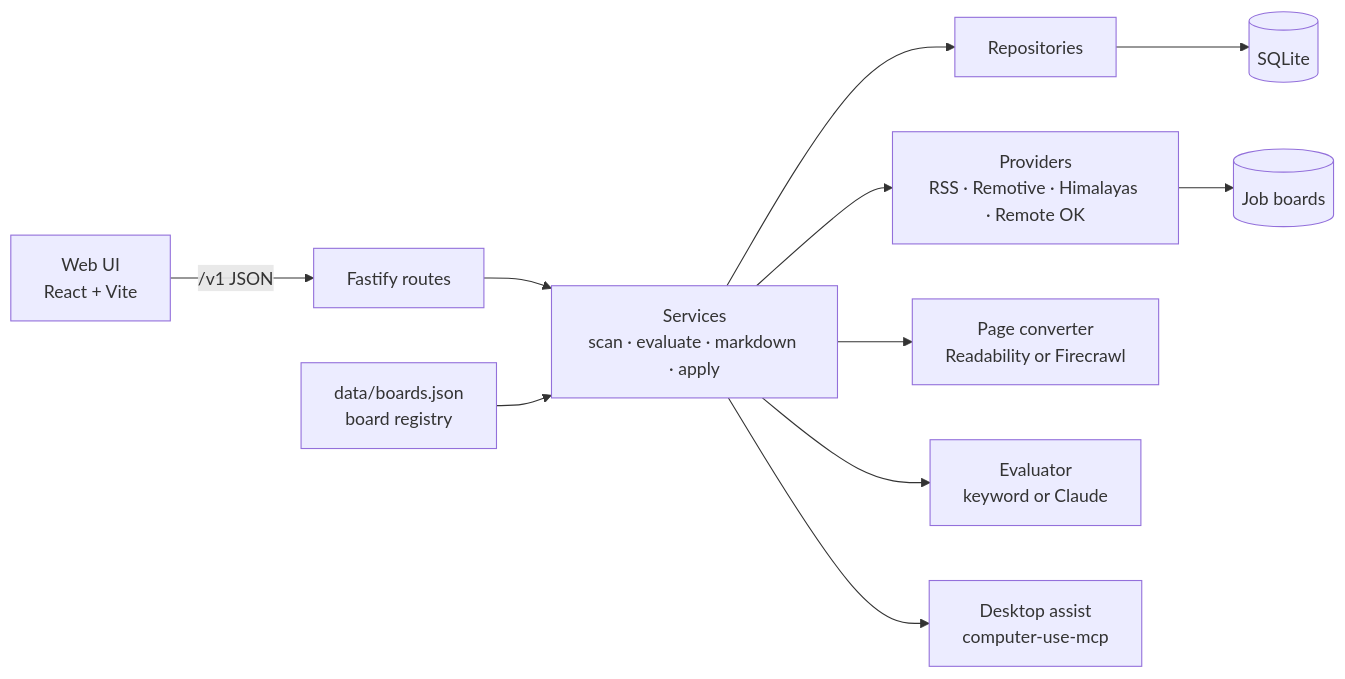
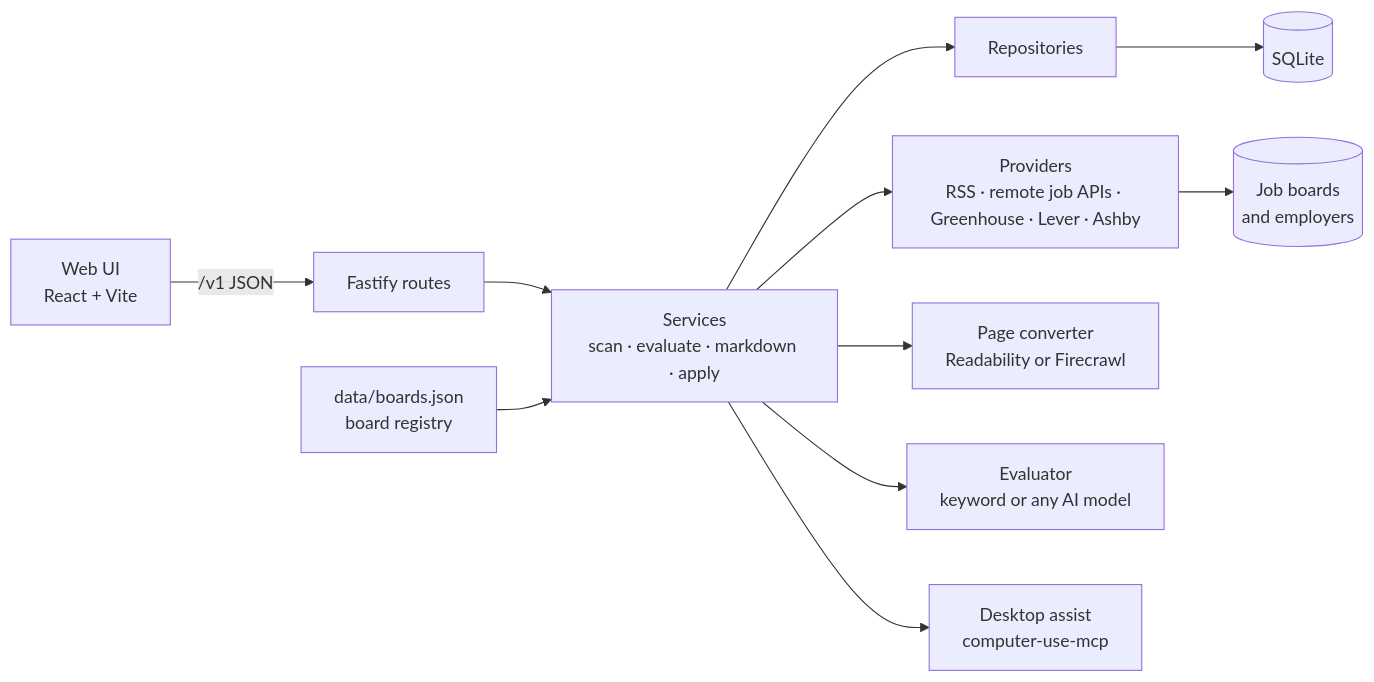
Before and after one commit to swiftkimani/kaziscout: the diagram in README.md, drawn with Mermaid. The commit also changed other lines of this file and 4 other files, not shown here.

Commit message:
docs: describe any-model assessment and employer readers

````diff
--- a/README.md
+++ b/README.md
@@ -33,11 +34,11 @@
 ```mermaid
 flowchart LR
   UI[Web UI<br/>React + Vite] -->|/v1 JSON| API[Fastify routes]
   API --> S[Services<br/>scan · evaluate · markdown · apply]
   S --> R[Repositories] --> DB[(SQLite)]
-  S --> P[Providers<br/>RSS · Remotive · Himalayas · Remote OK] --> Boards[(Job boards)]
+  S --> P[Providers<br/>RSS · remote job APIs · Greenhouse · Lever · Ashby] --> Boards[(Job boards<br/>and employers)]
   S --> C[Page converter<br/>Readability or Firecrawl]
-  S --> E[Evaluator<br/>keyword or Claude]
+  S --> E[Evaluator<br/>keyword or any AI model]
   S --> D[Desktop assist<br/>computer-use-mcp]
   Reg[data/boards.json<br/>board registry] --> S
 ```
````
